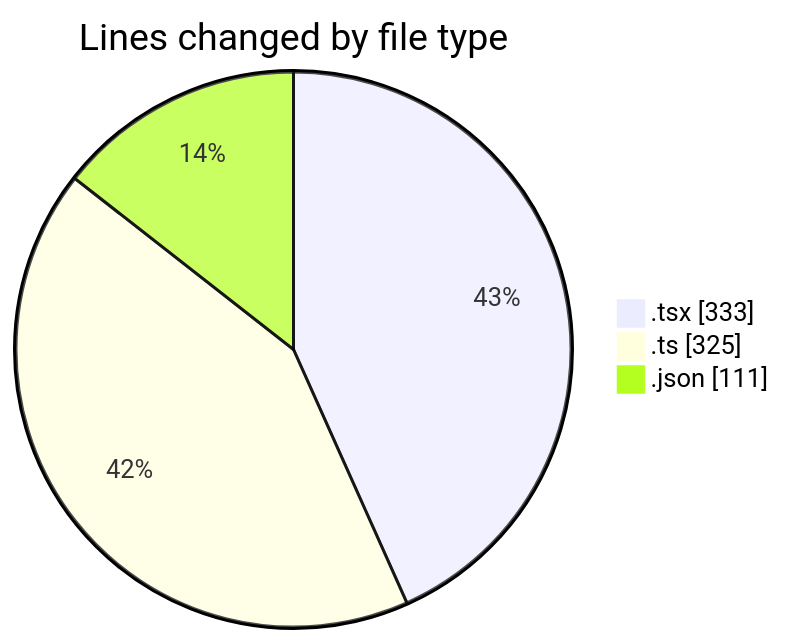
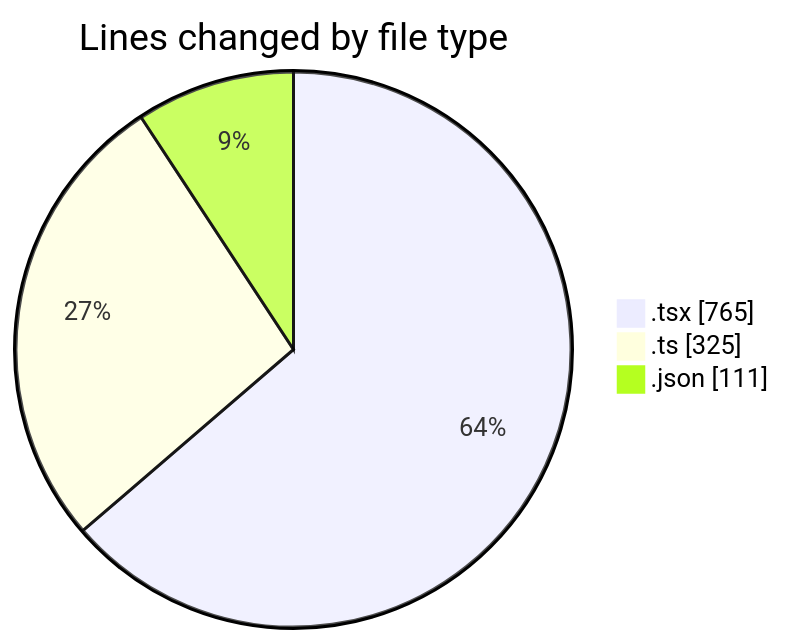
The first of 2 diagrams in 2025-11-08/eventscop-frontend-guide__workspace_/README.md (julien-gomy/code-tracking), drawn with Mermaid before and after one commit. The commit also changed other lines of this file and 1 other file, not shown here.

````diff
--- a/2025-11-08/eventscop-frontend-guide__workspace_/README.md
+++ b/2025-11-08/eventscop-frontend-guide__workspace_/README.md
@@ -28,7 +29,7 @@
 ```mermaid
 pie showData
 title Lines changed by file type
-".tsx" : 333
+".tsx" : 765
 ".ts" : 325
 ".json" : 111
 ```
````
